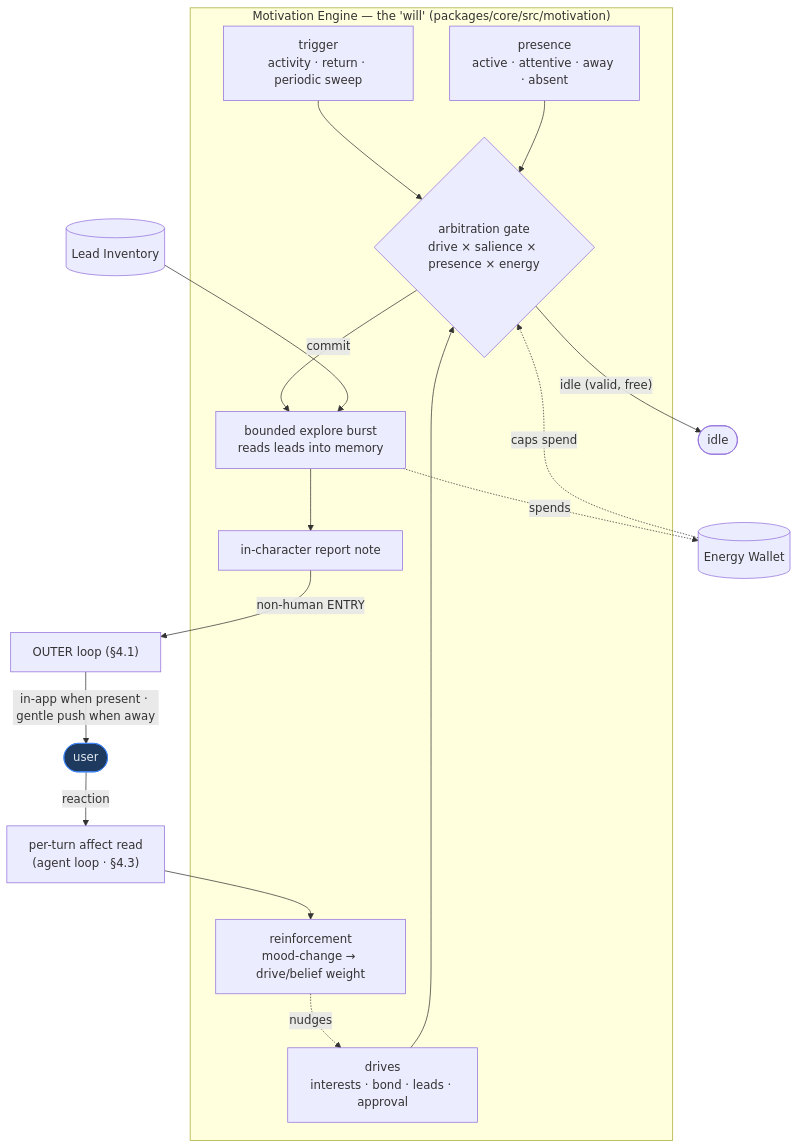
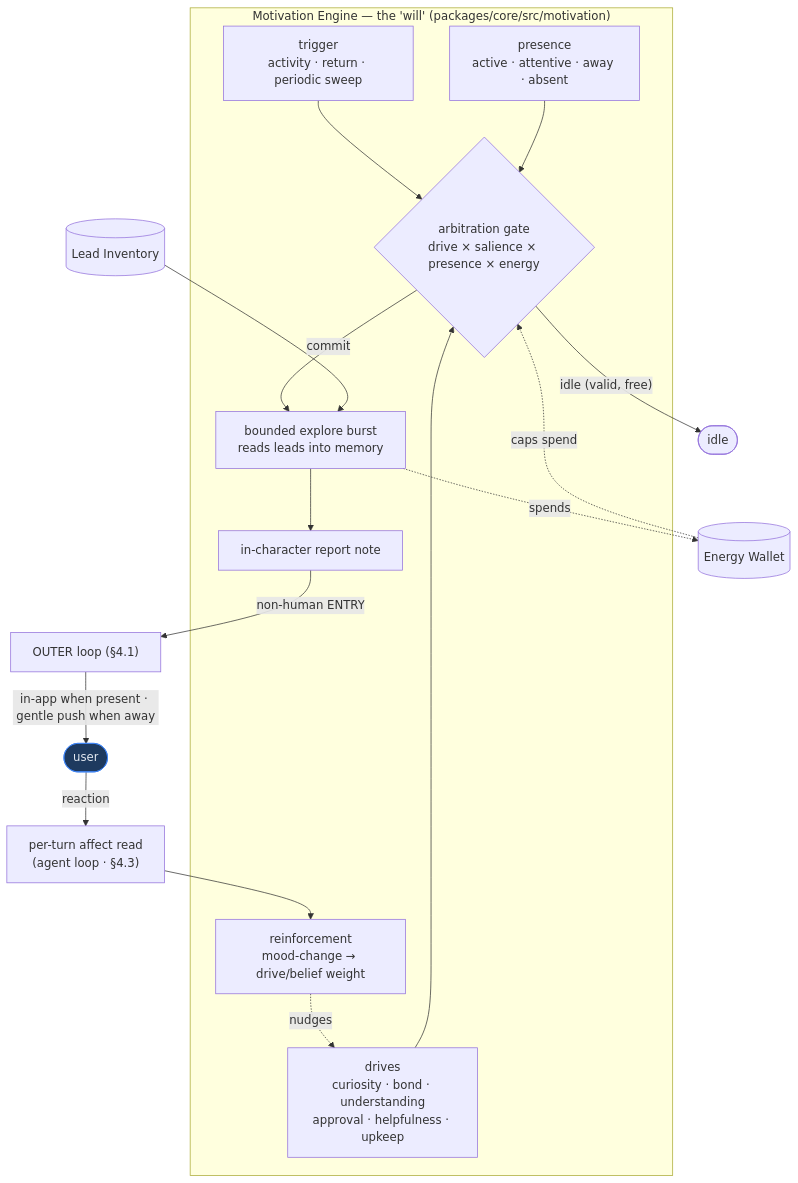
Before and after one commit to CobbleStamp/CobbleCompanion: the eighth of 12 diagrams in docs/architecture.md, drawn with Mermaid. The commit also changed other lines of this file and 8 other files, not shown here.

````diff
--- a/docs/architecture.md
+++ b/docs/architecture.md
@@ -467,35 +467,35 @@
 ```mermaid
 flowchart TB
   subgraph WILL["Motivation Engine — the 'will' (packages/core/src/motivation)"]
     TRIG["trigger<br/>activity · return · periodic sweep"]
     PRES["presence<br/>active · attentive · away · absent"]
-    DRIVES["drives<br/>interests · bond · leads · approval"]
+    DRIVES["drives<br/>curiosity · bond · understanding<br/>approval · helpfulness · upkeep"]
     GATE{"arbitration gate<br/>drive × salience × presence × energy"}
     BURST["bounded explore burst<br/>reads leads into memory"]
     NOTE["in-character report note"]
     RL["reinforcement<br/>mood-change → drive/belief weight"]
   end
   LEAD[("Lead Inventory")]
   ENERGY[("Energy Wallet")]
   AFFECT["per-turn affect read<br/>(agent loop · §4.3)"]
   LOOP["OUTER loop (§4.1)"]
   USER([user])
 
   TRIG --> GATE
   PRES --> GATE
   DRIVES --> GATE
   ENERGY -.->|caps spend| GATE
   GATE -->|"idle (valid, free)"| IDLE([idle])
   GATE -->|commit| BURST
   LEAD --> BURST
   BURST -.->|spends| ENERGY
   BURST --> NOTE
   NOTE -->|non-human ENTRY| LOOP
   LOOP -->|"in-app when present · gentle push when away"| USER
   USER -->|reaction| AFFECT
   AFFECT --> RL
   RL -.->|nudges| DRIVES
 
   classDef human fill:#1e3a5f,stroke:#3b82f6,color:#e2e8f0;
   class USER human;
 ```
````
